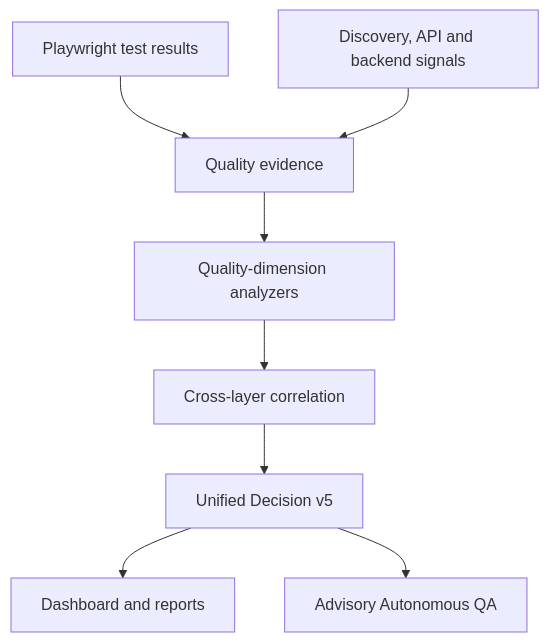
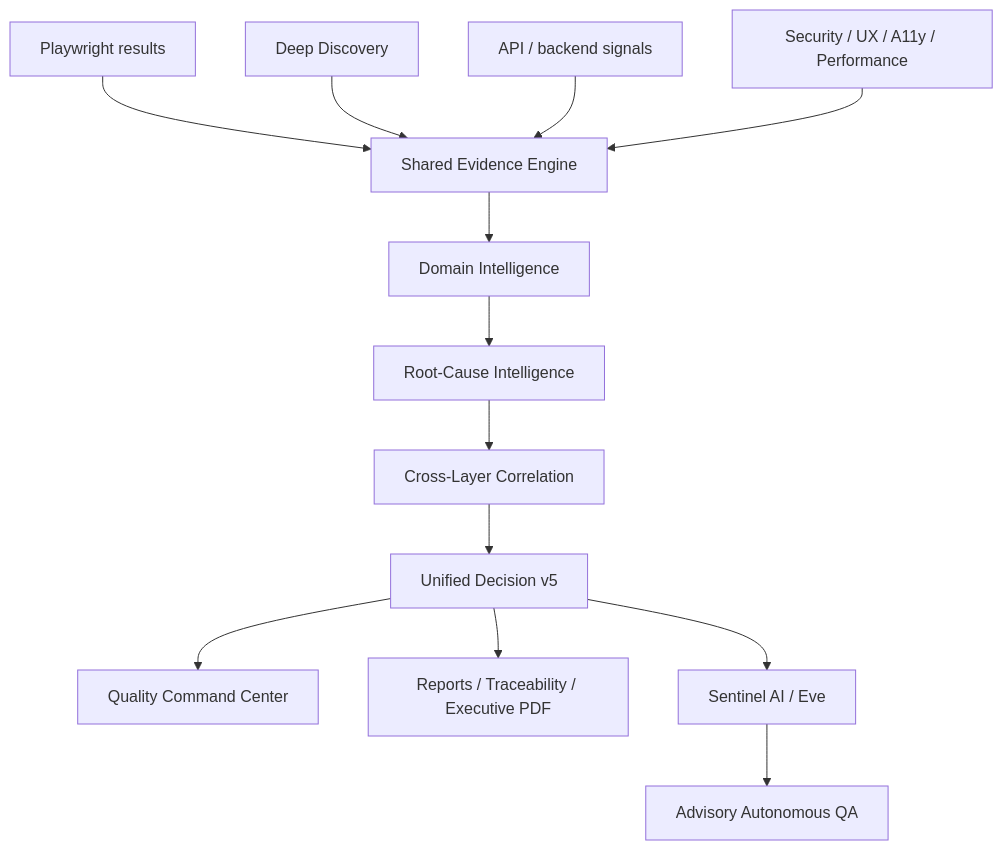
The diagram in README.md (Peppe2236/qa-sentinel-tyra), drawn with Mermaid before and after one commit. The commit also changed other lines of this file and 1 other file, not shown here.

Commit message:
Document QA Sentinel Tyra ecosystem roadmap

````diff
--- a/README.md
+++ b/README.md
@@ -133,10 +239,17 @@
 ```mermaid
 flowchart TB
-    A[Playwright test results] --> C[Quality evidence]
-    B[Discovery, API and backend signals] --> C
-    C --> D[Quality-dimension analyzers]
-    D --> E[Cross-layer correlation]
-    E --> F[Unified Decision v5]
-    F --> G[Dashboard and reports]
-    F --> H[Advisory Autonomous QA]
+    A[Playwright results] --> E[Shared Evidence Engine]
+    B[Deep Discovery] --> E
+    C[API / backend signals] --> E
+    D[Security / UX / A11y / Performance] --> E
+
+    E --> F[Domain Intelligence]
+    F --> G[Root-Cause Intelligence]
+    G --> H[Cross-Layer Correlation]
+    H --> I[Unified Decision v5]
+
+    I --> J[Quality Command Center]
+    I --> K[Reports / Traceability / Executive PDF]
+    I --> L[Sentinel AI / Eve]
+    L --> M[Advisory Autonomous QA]
 ```
````
